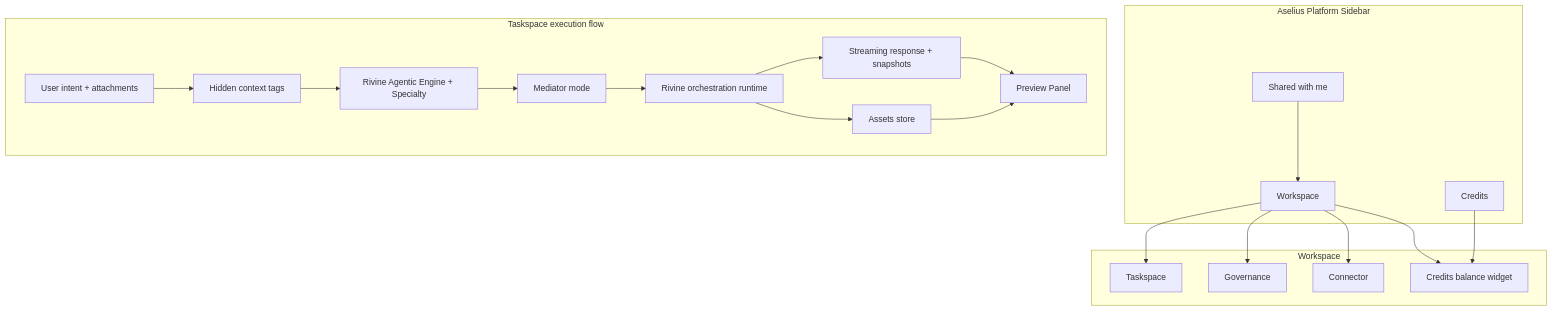
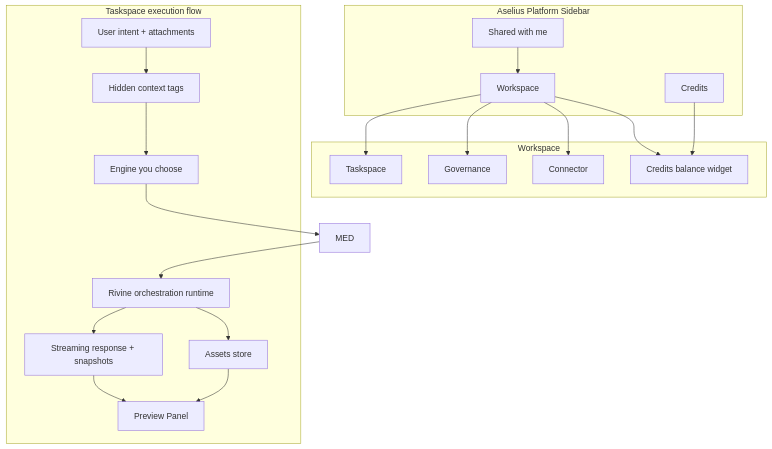
The first of 14 diagrams in Aselius Platform Documentations/aselius-workspace.md (Beunec/beunec-site-staging), drawn with Mermaid before and after one commit. The commit also changed other lines of this file and 254 other files, not shown here.

````diff
--- a/Aselius Platform Documentations/aselius-workspace.md
+++ b/Aselius Platform Documentations/aselius-workspace.md
@@ -29,39 +29,39 @@
 ```mermaid
 flowchart TB
     subgraph Platform["Aselius Platform Sidebar"]
         WS[Workspace]
         SWM[Shared with me]
         CR[Credits]
     end
 
     subgraph WorkspaceShell["Workspace"]
         TS[Taskspace]
         GV[Governance]
         CN[Connector]
         CB[Credits balance widget]
     end
 
     subgraph TaskspaceFlow["Taskspace execution flow"]
         UI[User intent + attachments]
         INJ[Hidden context tags]
         ENG[Rivine Agentic Engine + Specialty]
-        MED[Mediator mode]
+        ENG[Engine you choose]
         RT[Rivine orchestration runtime]
         OUT[Streaming response + snapshots]
         AST[Assets store]
         PRE[Preview Panel]
     end
 
     WS --> TS
     WS --> GV
     WS --> CN
     WS --> CB
     SWM --> WS
     CR --> CB
 
     UI --> INJ --> ENG --> MED --> RT
     RT --> OUT
     RT --> AST
     OUT --> PRE
     AST --> PRE
 ```
````
